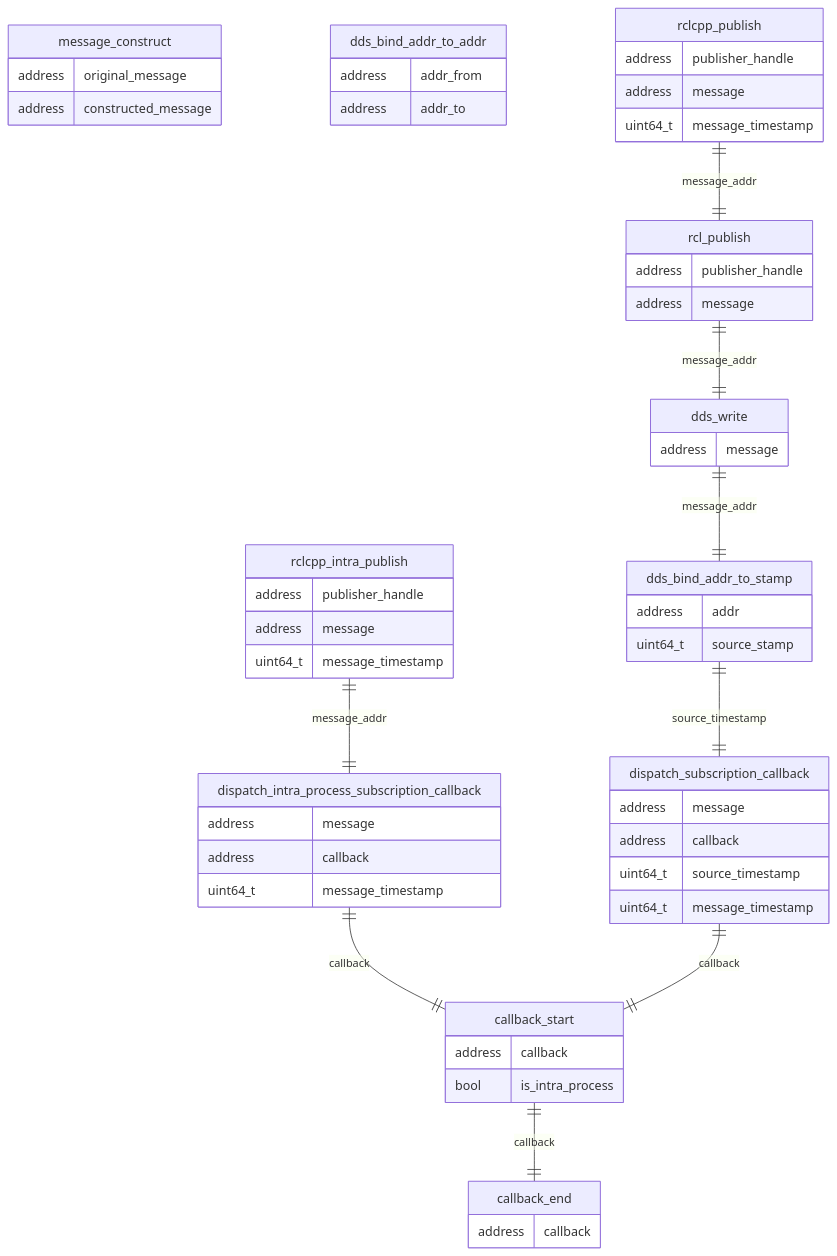
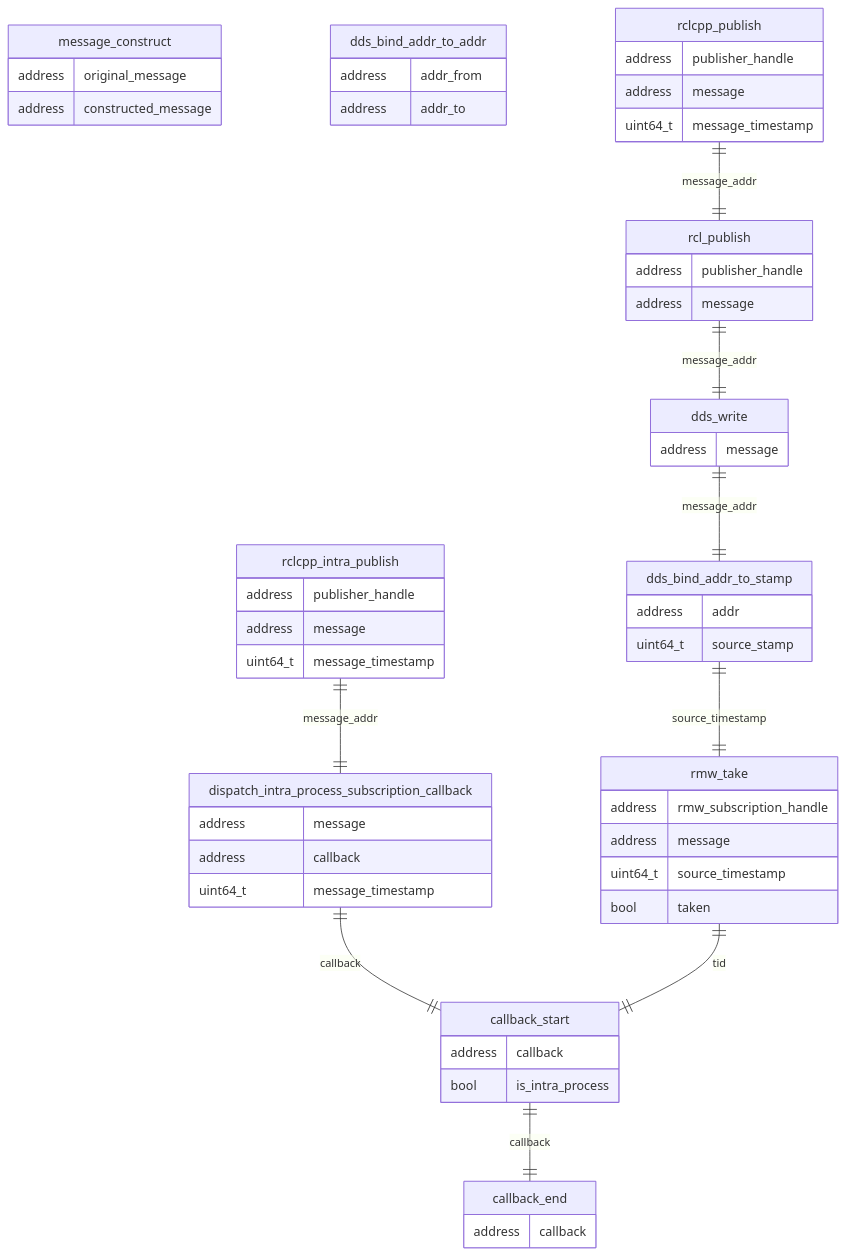
Before and after one commit to tier4/caret_doc: the diagram in docs/design/trace_points/runtime_trace_points.md, drawn with Mermaid. The commit also changed other lines of this file, not shown here.

Commit message:
proposal: use rmw_take instead of dispatch tracepoint

````diff
--- a/docs/design/trace_points/runtime_trace_points.md
+++ b/docs/design/trace_points/runtime_trace_points.md
@@ -3,74 +3,74 @@
 ```mermaid
 erDiagram
 
  callback_start{
  address callback
  bool is_intra_process
  }
 
  callback_end{
  address callback
  }
 
  message_construct{
  address original_message
  address constructed_message
  }
 
  dds_bind_addr_to_addr{
  address addr_from
  address addr_to
  }
 
  rclcpp_intra_publish{
  address publisher_handle
  address message
  uint64_t message_timestamp
  }
 
- dispatch_subscription_callback{
+rmw_take {
+ address rmw_subscription_handle
  address message
- address callback
  uint64_t source_timestamp
- uint64_t message_timestamp
+ bool taken
  }
 
  dispatch_intra_process_subscription_callback{
  address message
  address callback
  uint64_t message_timestamp
  }
 
  rcl_publish{
  address publisher_handle
  address message
  }
 
  rclcpp_publish{
  address publisher_handle
  address message
  uint64_t message_timestamp
  }
 
  dds_write{
  address message
  }
 
  dds_bind_addr_to_stamp{
  address addr
  uint64_t source_stamp
  }
 
     rclcpp_intra_publish ||--|| dispatch_intra_process_subscription_callback: message_addr
     rclcpp_publish ||--|| rcl_publish: message_addr
     rcl_publish ||--|| dds_write: message_addr
     dds_write ||--|| dds_bind_addr_to_stamp: message_addr
 
-    dds_bind_addr_to_stamp ||--|| dispatch_subscription_callback: source_timestamp
+    dds_bind_addr_to_stamp ||--|| rmw_take: source_timestamp
 
 
     dispatch_intra_process_subscription_callback ||--|| callback_start: callback
-    dispatch_subscription_callback ||--|| callback_start: callback
+    rmw_take ||--|| callback_start: tid
     callback_start ||--|| callback_end: callback
 
 ```
````
